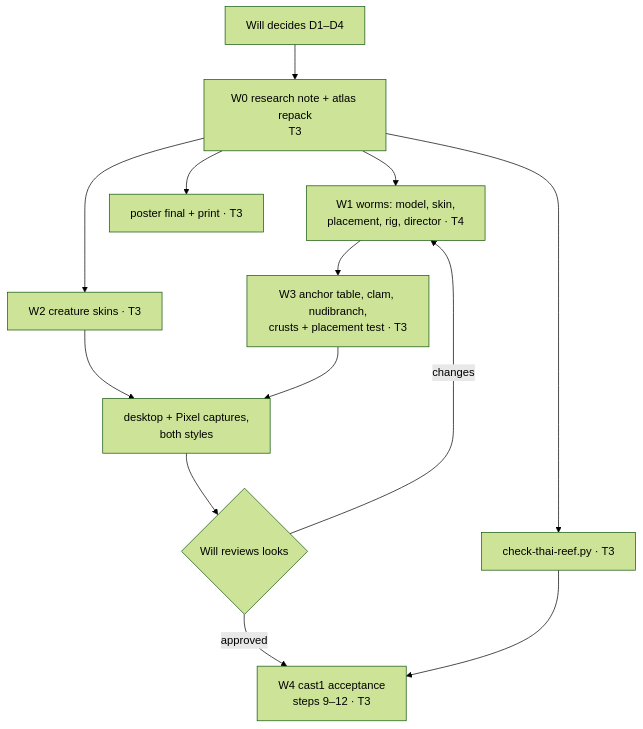
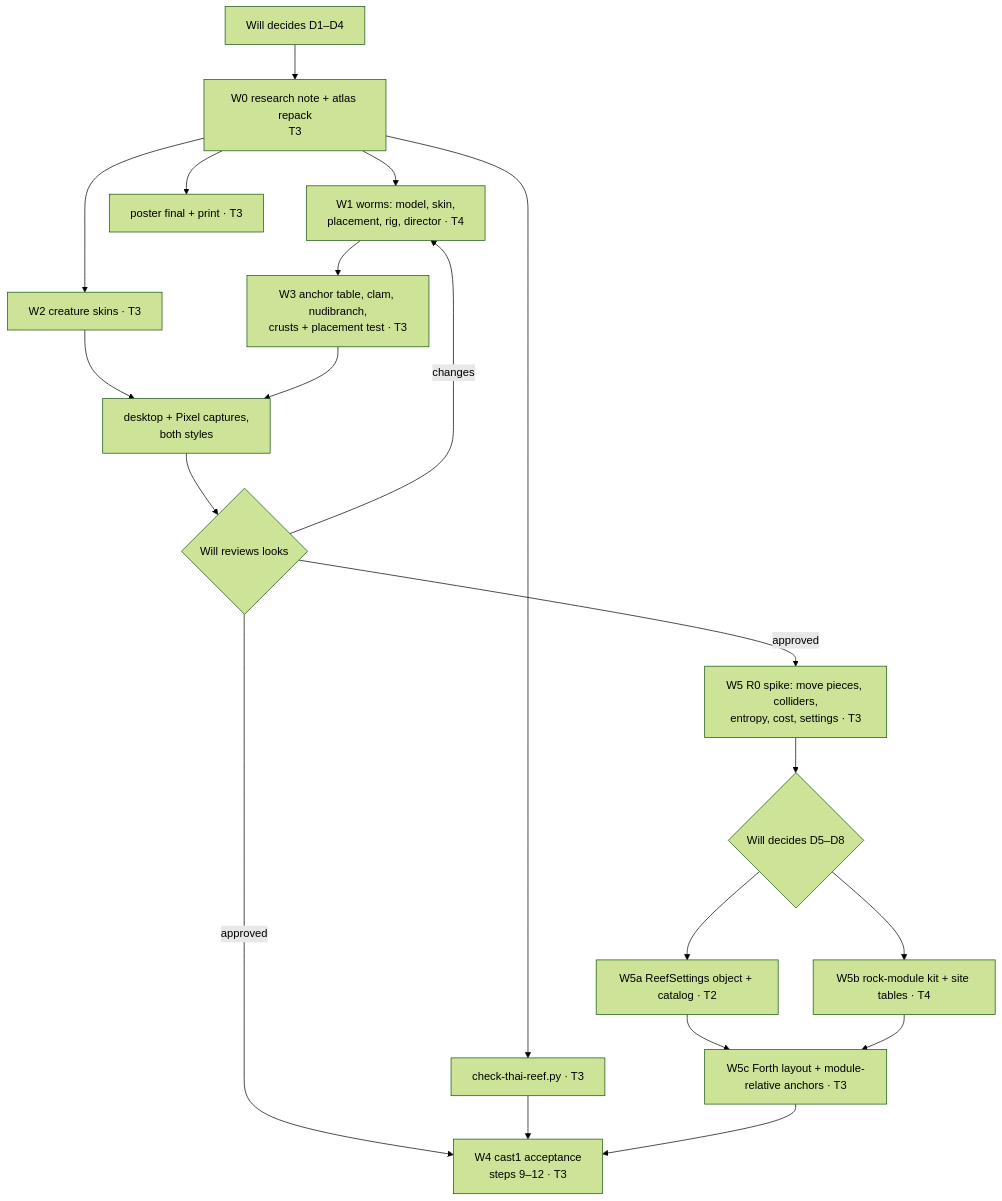
The eighth of 8 diagrams in docs/plans/2026-11-08-reef-tanks-finish.md (wbniv/WorldFoundry), drawn with Mermaid (forest theme) before and after one commit. The commit also changed other lines of this file and 7 other files, not shown here.

First line of the commit message:
Reef plan: W5 procedural reef (random rocks, rock count, clustered colonies)

````diff
--- a/docs/plans/2026-11-08-reef-tanks-finish.md
+++ b/docs/plans/2026-11-08-reef-tanks-finish.md
@@ -233,15 +392,22 @@
 ```mermaid
 flowchart TD
     D["Will decides D1–D4"] --> W0["W0 research note + atlas repack<br/>T3"]
     W0 --> W1["W1 worms: model, skin,<br/>placement, rig, director · T4"]
     W0 --> W2["W2 creature skins · T3"]
     W1 --> W3["W3 anchor table, clam, nudibranch,<br/>crusts + placement test · T3"]
     W2 --> CAP["desktop + Pixel captures,<br/>both styles"]
     W3 --> CAP
     CAP --> REV{"Will reviews looks"}
     REV -->|"changes"| W1
     REV -->|"approved"| W4["W4 cast1 acceptance<br/>steps 9–12 · T3"]
     W0 --> CHK["check-thai-reef.py · T3"]
     CHK --> W4
     W0 --> POS["poster final + print · T3"]
+    REV -->|"approved"| R0["W5 R0 spike: move pieces, colliders,<br/>entropy, cost, settings · T3"]
+    R0 --> D5{"Will decides D5–D8"}
+    D5 --> W5a["W5a ReefSettings object + catalog · T2"]
+    D5 --> W5b["W5b rock-module kit + site tables · T4"]
+    W5a --> W5c["W5c Forth layout + module-relative anchors · T3"]
+    W5b --> W5c
+    W5c --> W4
 ```
````
